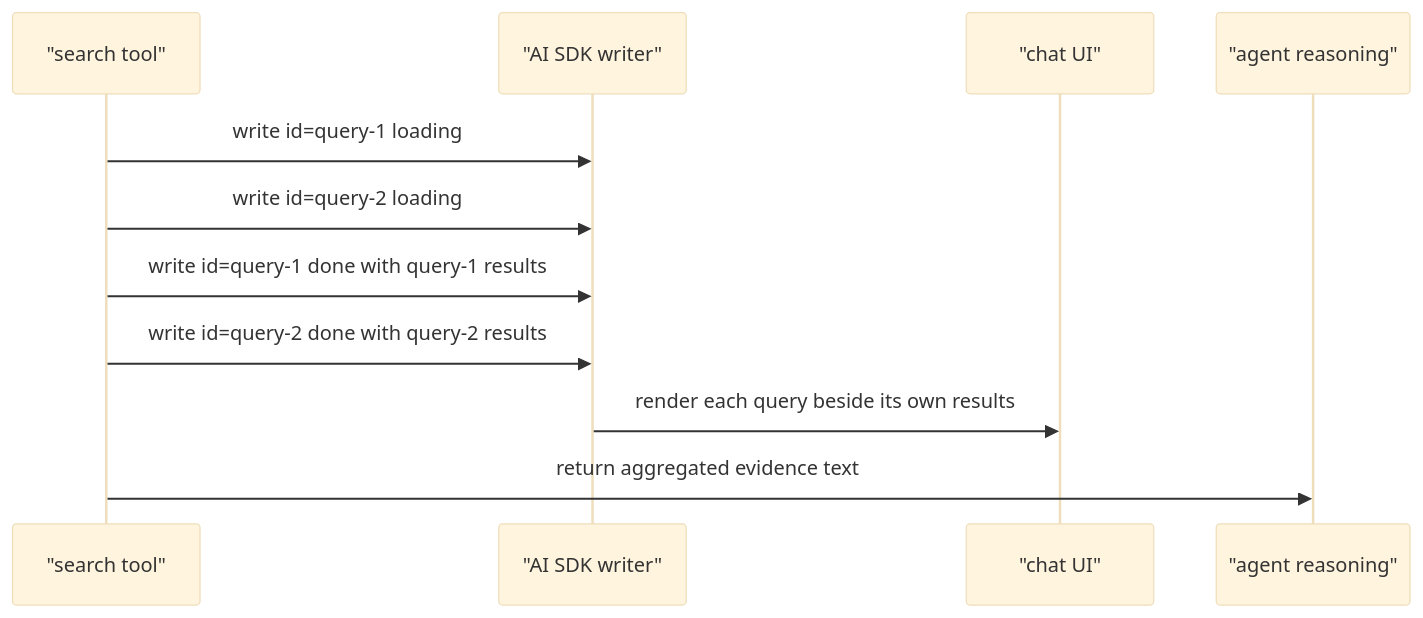
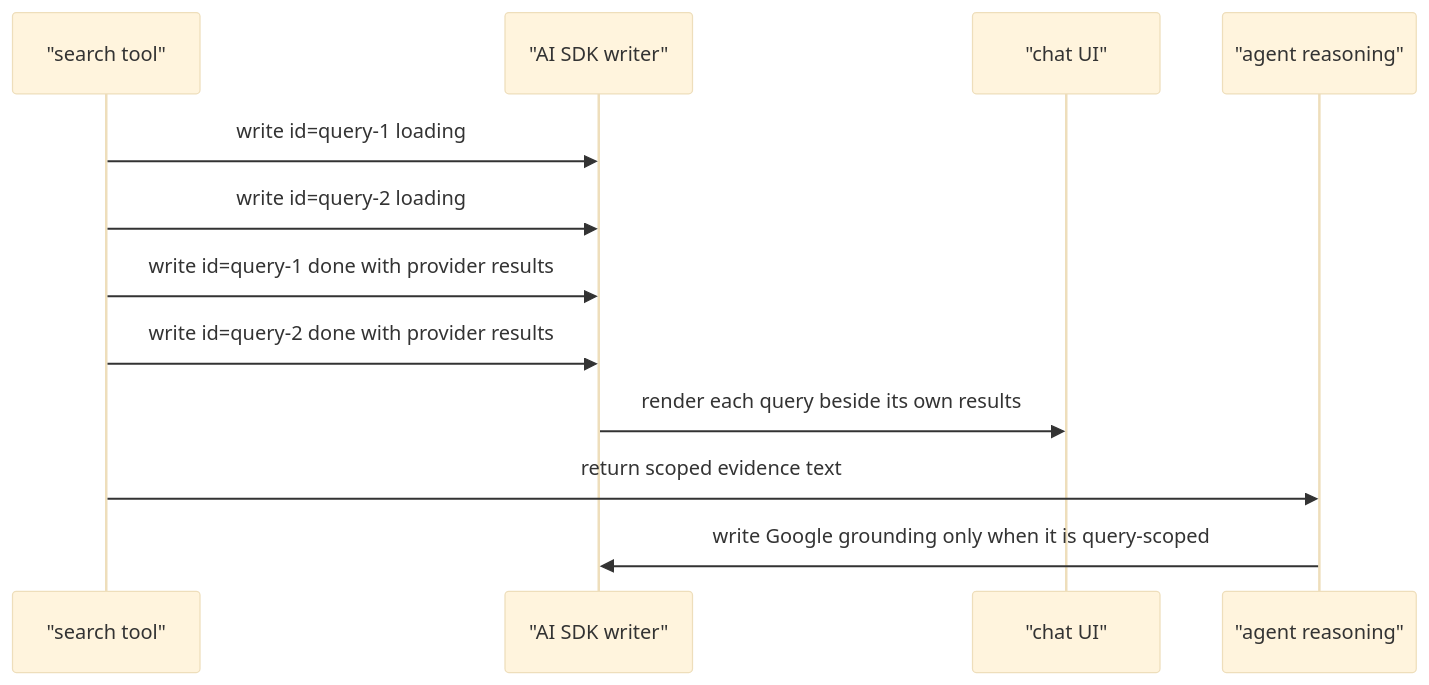
Before and after one commit to nakafaai/nakafa.com: the third of 3 diagrams in packages/ai/agents/docs/query-scoped-search.md, drawn with Mermaid (base theme). The commit also changed other lines of this file and 23 other files, not shown here.

````diff
--- a/packages/ai/agents/docs/query-scoped-search.md
+++ b/packages/ai/agents/docs/query-scoped-search.md
@@ -32,14 +52,15 @@
 ```mermaid
 sequenceDiagram
   participant Tool as "search tool"
   participant Stream as "AI SDK writer"
   participant UI as "chat UI"
   participant Agent as "agent reasoning"
 
   Tool->>Stream: write id=query-1 loading
   Tool->>Stream: write id=query-2 loading
-  Tool->>Stream: write id=query-1 done with query-1 results
-  Tool->>Stream: write id=query-2 done with query-2 results
+  Tool->>Stream: write id=query-1 done with provider results
+  Tool->>Stream: write id=query-2 done with provider results
   Stream->>UI: render each query beside its own results
-  Tool->>Agent: return aggregated evidence text
+  Tool->>Agent: return scoped evidence text
+  Agent->>Stream: write Google grounding only when it is query-scoped
 ```
````
